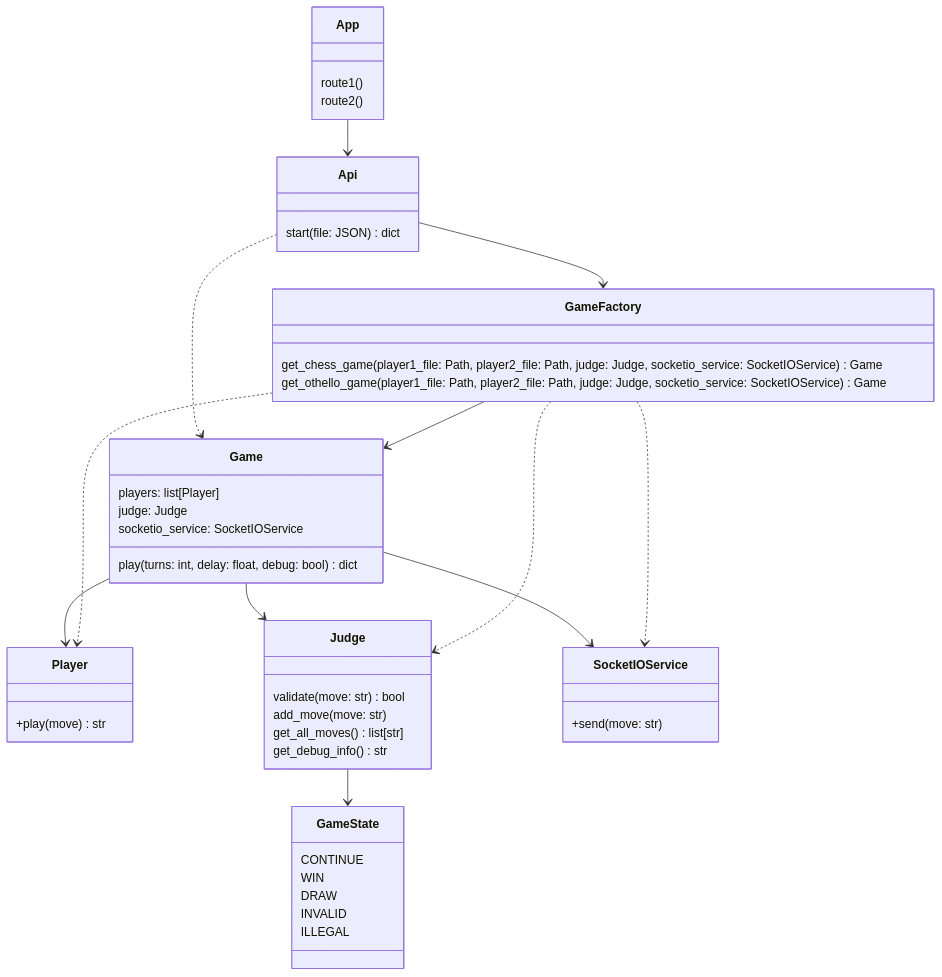
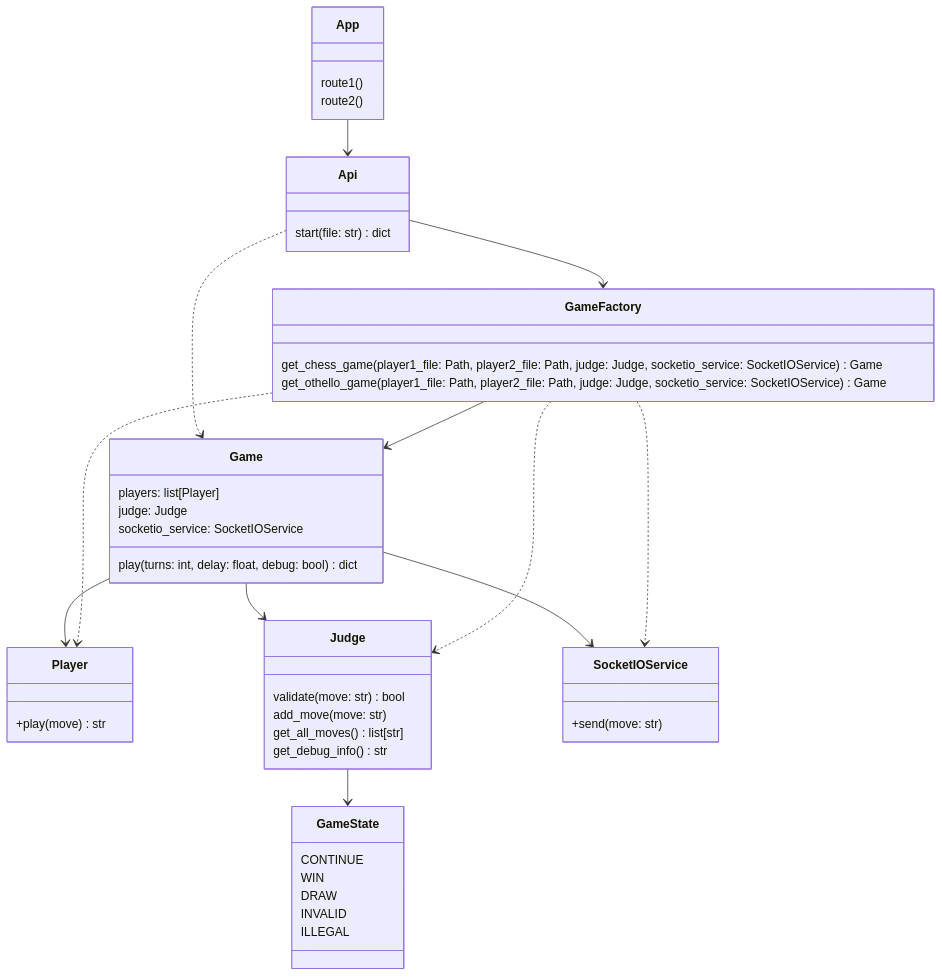
One commit to game-ai-platform-team/tira-ai-platform changed the third of 3 diagrams in docs/architecture.md. Above: the diagram before and after it, drawn with Mermaid.

Commit message:
docs: Update Api.start file type

````diff
--- a/docs/architecture.md
+++ b/docs/architecture.md
@@ -89,60 +89,60 @@
 ```mermaid
 classDiagram
 
 App --> Api
 Api ..> Game
 Api --> GameFactory
 Game --> Player
 Game --> Judge
 Game --> SocketIOService
 GameFactory --> Game
 GameFactory ..> Judge
 GameFactory ..> Player
 GameFactory ..> SocketIOService
 Judge --> GameState
 
 class GameFactory {
     get_chess_game(player1_file: Path, player2_file: Path, judge: Judge, socketio_service: SocketIOService) Game
     get_othello_game(player1_file: Path, player2_file: Path, judge: Judge, socketio_service: SocketIOService) Game
 }
 
 class Game {
     players: list[Player]
     judge: Judge
     socketio_service: SocketIOService
 
     play(turns: int, delay: float, debug: bool) dict
 }
 
 class SocketIOService {
     +send(move: str)
 }
 
 class Judge {
     validate(move: str) bool
     add_move(move: str)
     get_all_moves() list[str]
     get_debug_info() str
 }
 
 class Player {
     +play(move) str
 }
 
 class GameState {
     CONTINUE
     WIN
     DRAW
     INVALID
     ILLEGAL
 }
 
 class Api {
-    start(file: JSON) dict
+    start(file: str) dict
 }
 
 class App {
     route1()
     route2()
 }
 ```
````
